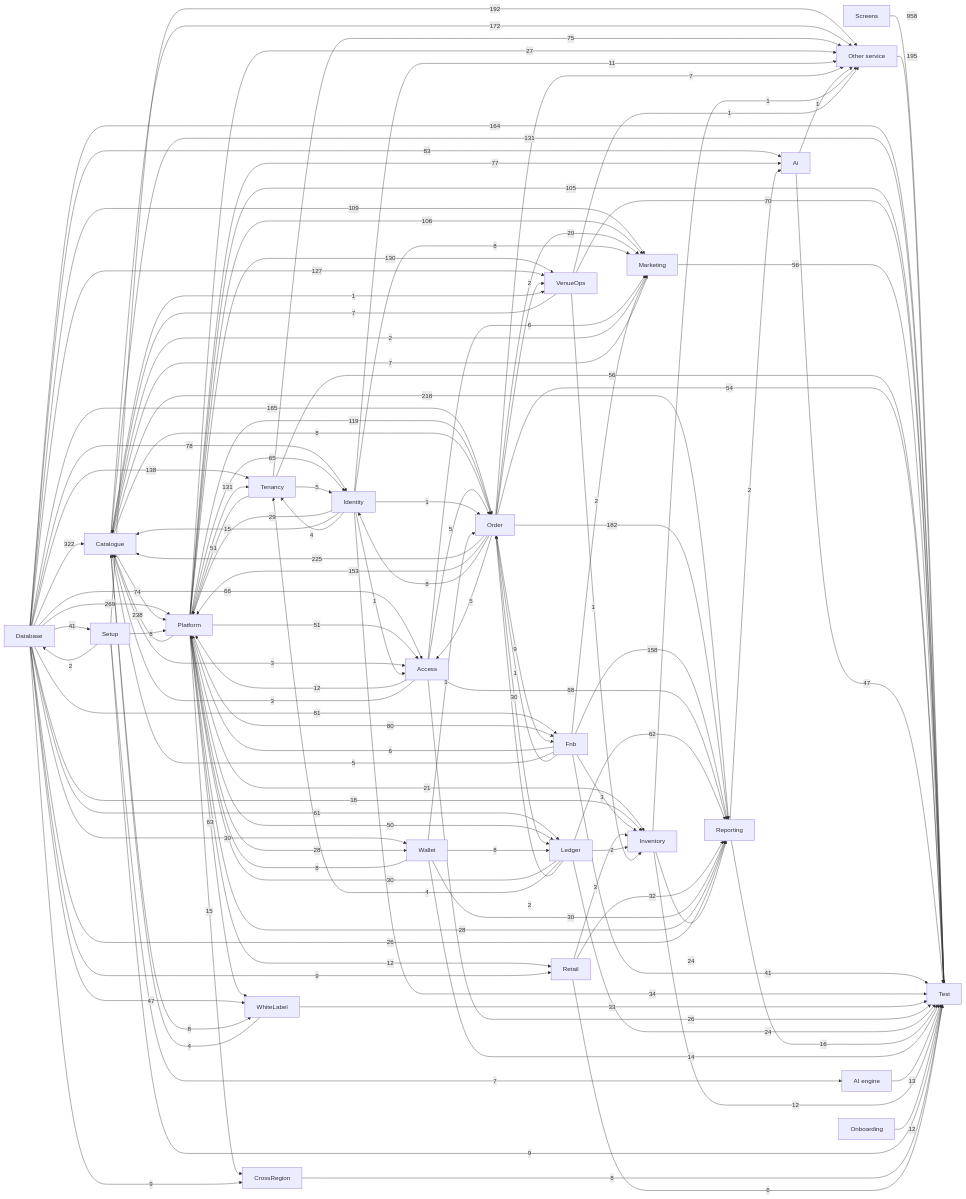
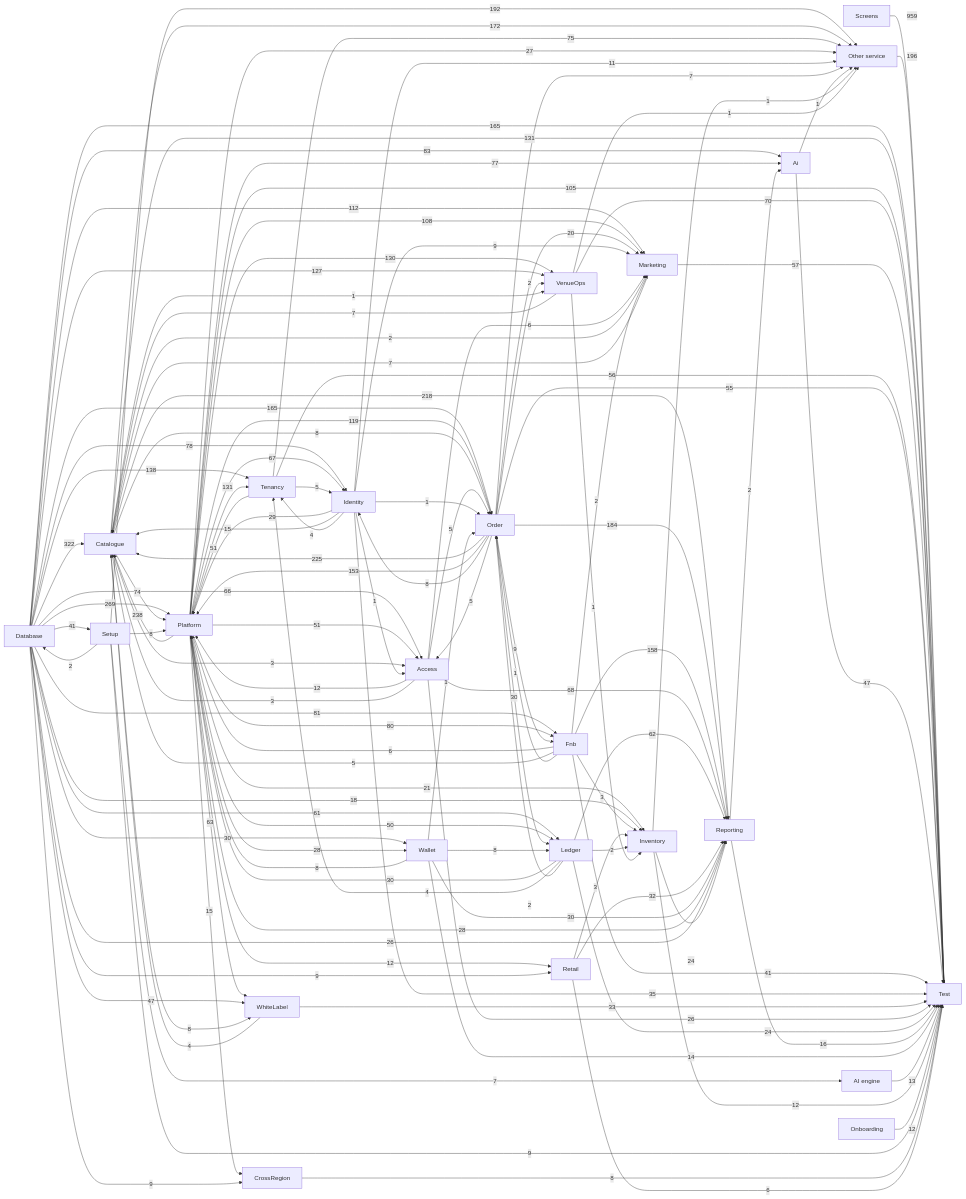
Before and after one commit to Diretide298/Solution_Architecture: the diagram in ticvai/repos/ticvai-docs/handoff/service-docs/TICKET-LINKS.md, drawn with Mermaid. The commit also changed other lines of this file and 1570 other files, not shown here.

````diff
--- a/ticvai/repos/ticvai-docs/handoff/service-docs/TICKET-LINKS.md
+++ b/ticvai/repos/ticvai-docs/handoff/service-docs/TICKET-LINKS.md
@@ -26,17 +26,17 @@
 ```mermaid
 flowchart LR
-  Screens["Screens"] -->|958| Test["Test"]
+  Screens["Screens"] -->|959| Test["Test"]
   Database["Database"] -->|322| Catalogue["Catalogue"]
   Database["Database"] -->|269| Platform["Platform"]
   Platform["Platform"] -->|238| Catalogue["Catalogue"]
   Order["Order"] -->|225| Catalogue["Catalogue"]
   Catalogue["Catalogue"] -->|218| Reporting["Reporting"]
-  Other_service["Other service"] -->|195| Test["Test"]
+  Other_service["Other service"] -->|196| Test["Test"]
   Setup["Setup"] -->|192| Other_service["Other service"]
-  Order["Order"] -->|182| Reporting["Reporting"]
+  Order["Order"] -->|184| Reporting["Reporting"]
   Catalogue["Catalogue"] -->|172| Other_service["Other service"]
   Database["Database"] -->|165| Order["Order"]
-  Database["Database"] -->|164| Test["Test"]
+  Database["Database"] -->|165| Test["Test"]
   Fnb["Fnb"] -->|158| Reporting["Reporting"]
   Order["Order"] -->|153| Platform["Platform"]
   Database["Database"] -->|138| Tenancy["Tenancy"]
@@ -45,8 +45,8 @@
   Platform["Platform"] -->|130| VenueOps["VenueOps"]
   Database["Database"] -->|127| VenueOps["VenueOps"]
   Platform["Platform"] -->|119| Order["Order"]
-  Database["Database"] -->|109| Marketing["Marketing"]
-  Platform["Platform"] -->|106| Marketing["Marketing"]
+  Database["Database"] -->|112| Marketing["Marketing"]
+  Platform["Platform"] -->|108| Marketing["Marketing"]
   Platform["Platform"] -->|105| Test["Test"]
   Database["Database"] -->|83| Ai["Ai"]
   Database["Database"] -->|81| Fnb["Fnb"]
@@ -57,14 +57,14 @@
   Catalogue["Catalogue"] -->|74| Platform["Platform"]
   VenueOps["VenueOps"] -->|70| Test["Test"]
   Access["Access"] -->|68| Reporting["Reporting"]
+  Platform["Platform"] -->|67| Identity["Identity"]
   Database["Database"] -->|66| Access["Access"]
-  Platform["Platform"] -->|65| Identity["Identity"]
   Platform["Platform"] -->|63| WhiteLabel["WhiteLabel"]
   Ledger["Ledger"] -->|62| Reporting["Reporting"]
   Database["Database"] -->|61| Ledger["Ledger"]
-  Marketing["Marketing"] -->|56| Test["Test"]
+  Marketing["Marketing"] -->|57| Test["Test"]
   Tenancy["Tenancy"] -->|56| Test["Test"]
-  Order["Order"] -->|54| Test["Test"]
+  Order["Order"] -->|55| Test["Test"]
   Platform["Platform"] -->|51| Access["Access"]
   Tenancy["Tenancy"] -->|51| Platform["Platform"]
   Platform["Platform"] -->|50| Ledger["Ledger"]
@@ -72,7 +72,7 @@
   Database["Database"] -->|47| WhiteLabel["WhiteLabel"]
   Database["Database"] -->|41| Setup["Setup"]
   Fnb["Fnb"] -->|41| Test["Test"]
-  Identity["Identity"] -->|34| Test["Test"]
+  Identity["Identity"] -->|35| Test["Test"]
   WhiteLabel["WhiteLabel"] -->|33| Test["Test"]
   Retail["Retail"] -->|32| Reporting["Reporting"]
   Database["Database"] -->|30| Wallet["Wallet"]
@@ -102,12 +102,12 @@
   Identity["Identity"] -->|11| Other_service["Other service"]
   Database["Database"] -->|9| CrossRegion["CrossRegion"]
   Database["Database"] -->|9| Retail["Retail"]
+  Identity["Identity"] -->|9| Marketing["Marketing"]
   Order["Order"] -->|9| Fnb["Fnb"]
   Setup["Setup"] -->|9| Test["Test"]
   Catalogue["Catalogue"] -->|8| Order["Order"]
   Catalogue["Catalogue"] -->|8| WhiteLabel["WhiteLabel"]
   CrossRegion["CrossRegion"] -->|8| Test["Test"]
-  Identity["Identity"] -->|8| Marketing["Marketing"]
   Order["Order"] -->|8| Identity["Identity"]
   Setup["Setup"] -->|8| Platform["Platform"]
   Wallet["Wallet"] -->|8| Ledger["Ledger"]
````
